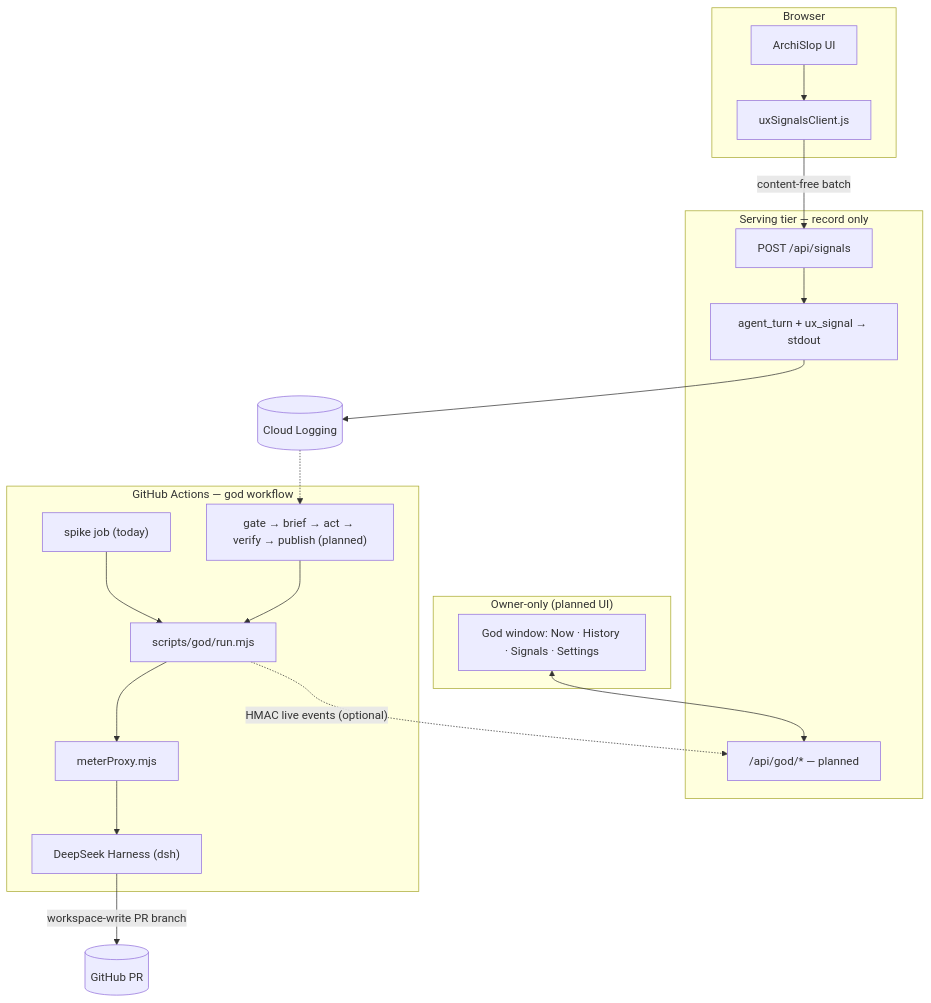
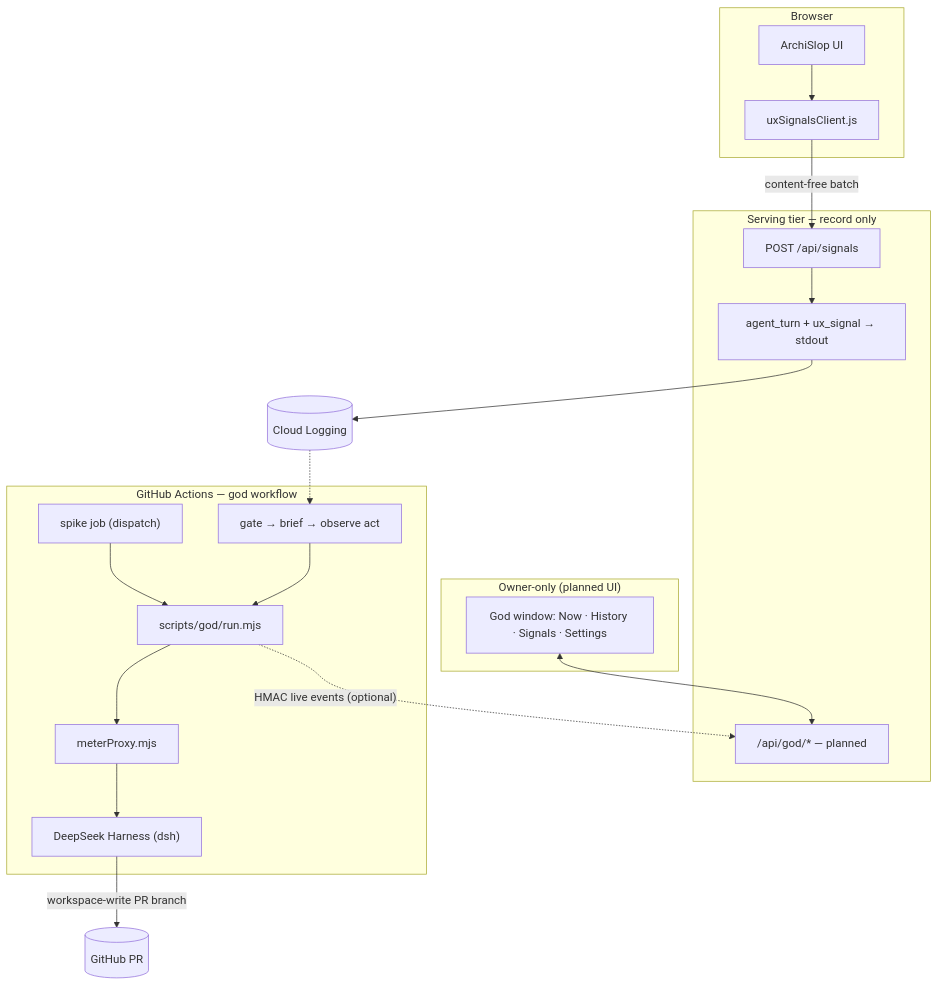
The second of 4 diagrams in docs/guide/archislop-god.md (acuhlmann/mermaid-gen), drawn with Mermaid before and after one commit. The commit also changed other lines of this file and 17 other files, not shown here.

````diff
--- a/docs/guide/archislop-god.md
+++ b/docs/guide/archislop-god.md
@@ -73,37 +74,37 @@
 ```mermaid
 flowchart TB
   subgraph browser ["Browser"]
     UI["ArchiSlop UI"]
     SigClient["uxSignalsClient.js"]
     UI --> SigClient
   end
 
   subgraph serve ["Serving tier — record only"]
     SigRoute["POST /api/signals"]
     Metrics["agent_turn + ux_signal → stdout"]
     SigClient -->|"content-free batch"| SigRoute
     SigRoute --> Metrics
     GodApi["/api/god/* — planned"]
   end
 
   subgraph gha ["GitHub Actions — god workflow"]
-    Spike["spike job (today)"]
-    Pipeline["gate → brief → act → verify → publish (planned)"]
+    Spike["spike job (dispatch)"]
+    Pipeline["gate → brief → observe act"]
     RunWrap["scripts/god/run.mjs"]
     Meter["meterProxy.mjs"]
     DSH["DeepSeek Harness (dsh)"]
     Spike --> RunWrap
     Pipeline --> RunWrap
     RunWrap --> Meter --> DSH
   end
 
   subgraph owner ["Owner-only (planned UI)"]
     Window["God window: Now · History · Signals · Settings"]
     Window <--> GodApi
   end
 
   Metrics --> CL[("Cloud Logging")]
   CL -.-> Pipeline
   RunWrap -.->|"HMAC live events (optional)"| GodApi
   DSH -->|"workspace-write PR branch"| GH[("GitHub PR")]
 ```
````
